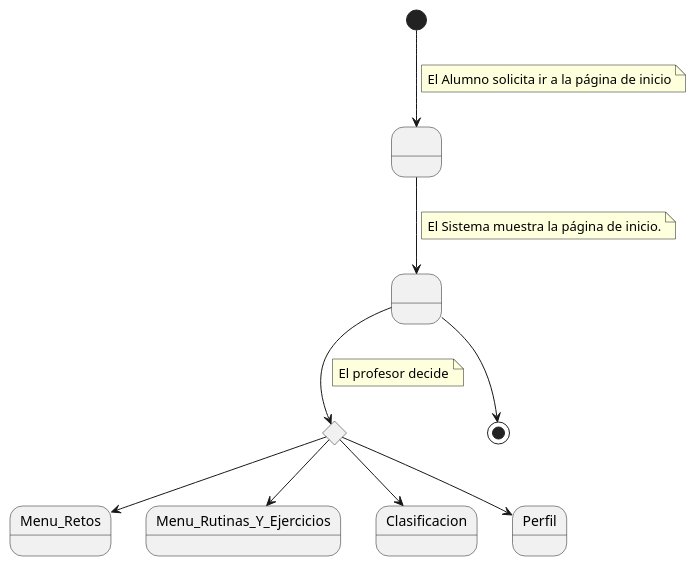
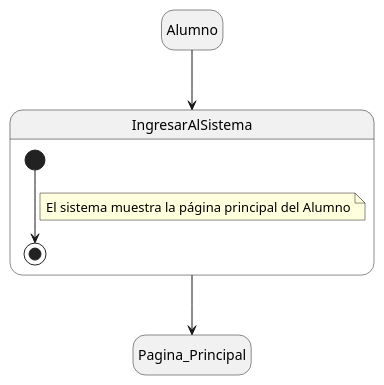
Before and after one commit to mmasias/24-25-IdSw1-SDR: the diagram in Documentos/DetallarCasosDeUso/Alumno/MenuPrincipalAlumno.puml, drawn with PlantUML.

```diff
--- a/Documentos/DetallarCasosDeUso/Alumno/MenuPrincipalAlumno.puml
+++ b/Documentos/DetallarCasosDeUso/Alumno/MenuPrincipalAlumno.puml
@@ -1,22 +1,17 @@
-@startuml
-state " " as Estado1
-state " " as Estado2
-state rombo <<choice>>
-[*] --> Estado1
+@startuml IngresarAlSistema
+
+hide empty description
+
+state Alumno
+state Pagina_Principal
+state IngresarAlSistema{
+    [*] --> [*]
     note on link
-        El Alumno solicita ir a la página de inicio
+        El sistema muestra la página principal del Alumno
     end note
-Estado1 --> Estado2
-    note on link
-        El Sistema muestra la página de inicio.
-    end note
-Estado2 --> [*]
-Estado2 --> rombo
-note on link
-El profesor decide
-end note
-rombo --> Menu_Retos
-rombo --> Menu_Rutinas_Y_Ejercicios
-rombo --> Clasificacion
-rombo --> Perfil
+}
+
+Alumno --> IngresarAlSistema
+IngresarAlSistema --> Pagina_Principal
+
 @enduml
```
